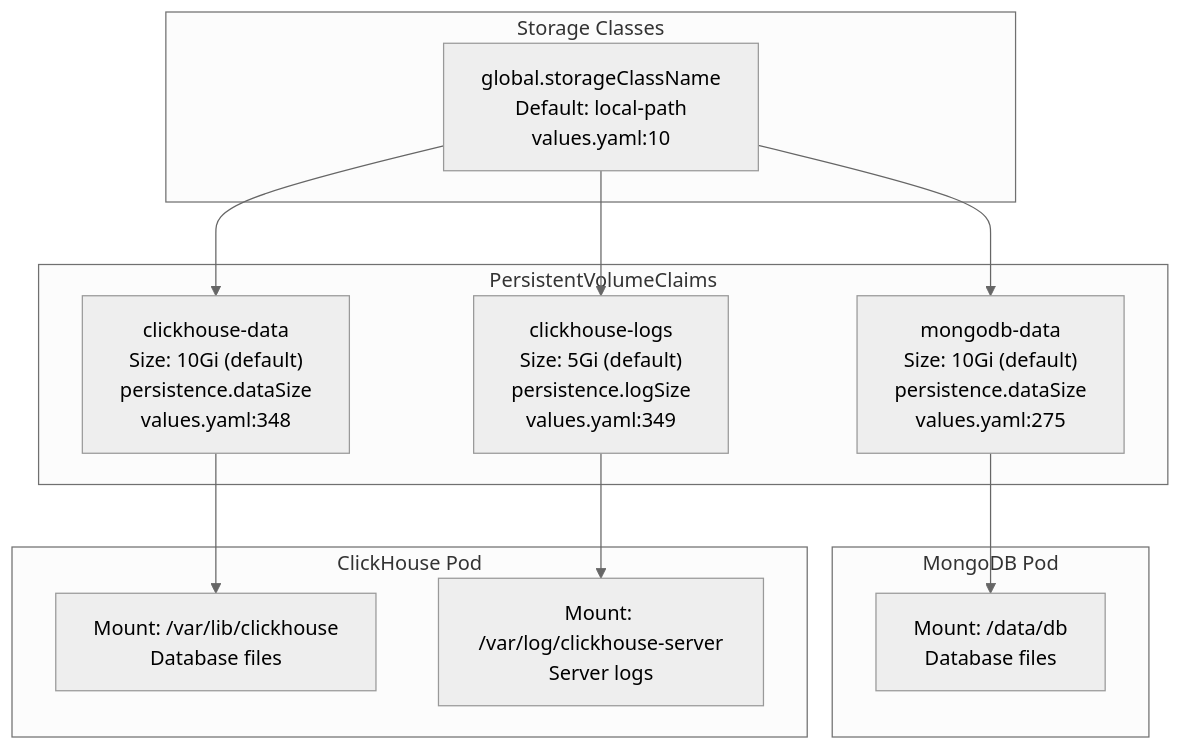
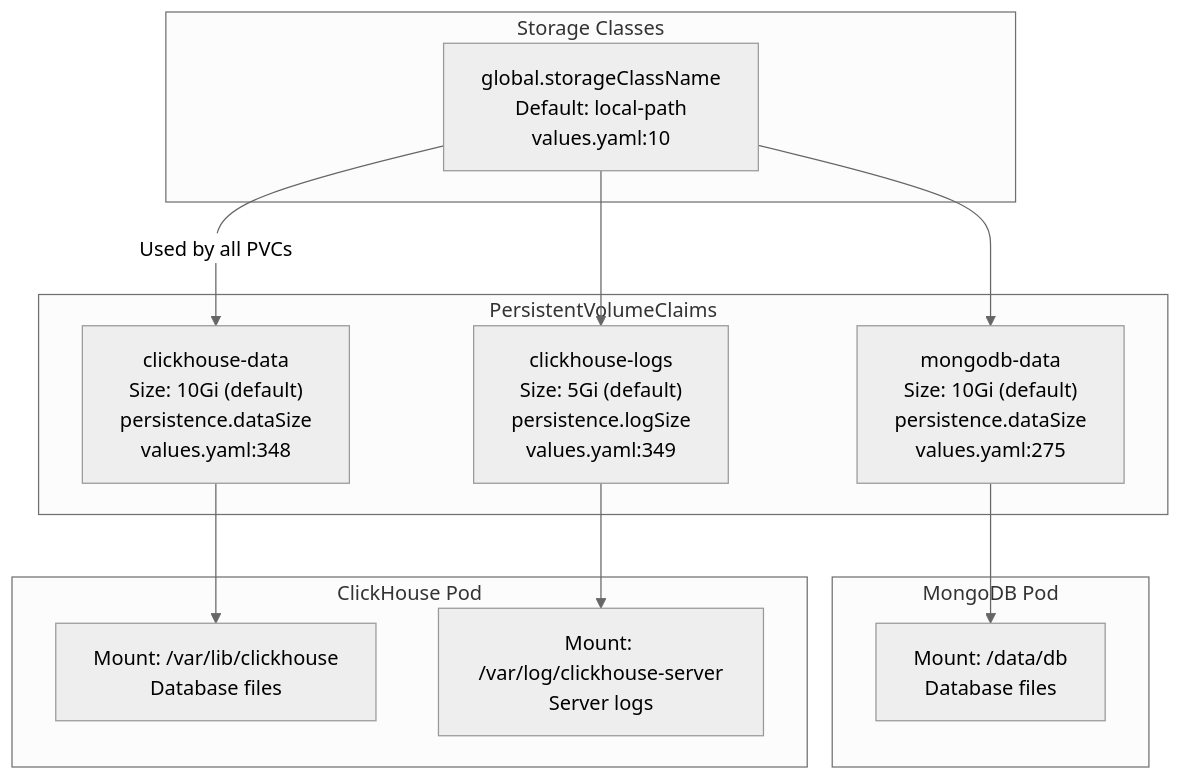
Before and after one commit to openchoreo/openchoreo: the eighth of 9 diagrams in docs/hyperdxio-helm-charts-docs/System-Architecture.md, drawn with Mermaid (neutral theme). The commit also changed other lines of this file and 85 other files, not shown here.

Commit message:
feat: Add new workflow and specification templates, update Helm chart dependencies, and clarify documentation diagrams.

````diff
--- a/docs/hyperdxio-helm-charts-docs/System-Architecture.md
+++ b/docs/hyperdxio-helm-charts-docs/System-Architecture.md
@@ -634,37 +634,37 @@
 ```mermaid
 flowchart TD
 
 GlobalSC["global.storageClassName<br>Default: local-path<br>values.yaml:10"]
 CHDataPVC["clickhouse-data<br>Size: 10Gi (default)<br>persistence.dataSize<br>values.yaml:348"]
 CHLogsPVC["clickhouse-logs<br>Size: 5Gi (default)<br>persistence.logSize<br>values.yaml:349"]
 MongoDataPVC["mongodb-data<br>Size: 10Gi (default)<br>persistence.dataSize<br>values.yaml:275"]
 CHDataMount["Mount: /var/lib/clickhouse<br>Database files"]
 CHLogsMount["Mount: /var/log/clickhouse-server<br>Server logs"]
 MongoDataMount["Mount: /data/db<br>Database files"]
 
-GlobalSC --> CHDataPVC
+GlobalSC -->|"Used by all PVCs"| CHDataPVC
 GlobalSC --> CHLogsPVC
 GlobalSC --> MongoDataPVC
 CHDataPVC --> CHDataMount
 CHLogsPVC --> CHLogsMount
 MongoDataPVC --> MongoDataMount
 
 subgraph subGraph3 ["MongoDB Pod"]
     MongoDataMount
 end
 
 subgraph subGraph2 ["ClickHouse Pod"]
     CHDataMount
     CHLogsMount
 end
 
 subgraph PersistentVolumeClaims ["PersistentVolumeClaims"]
     CHDataPVC
     CHLogsPVC
     MongoDataPVC
 end
 
 subgraph subGraph0 ["Storage Classes"]
     GlobalSC
 end
 ```
````
